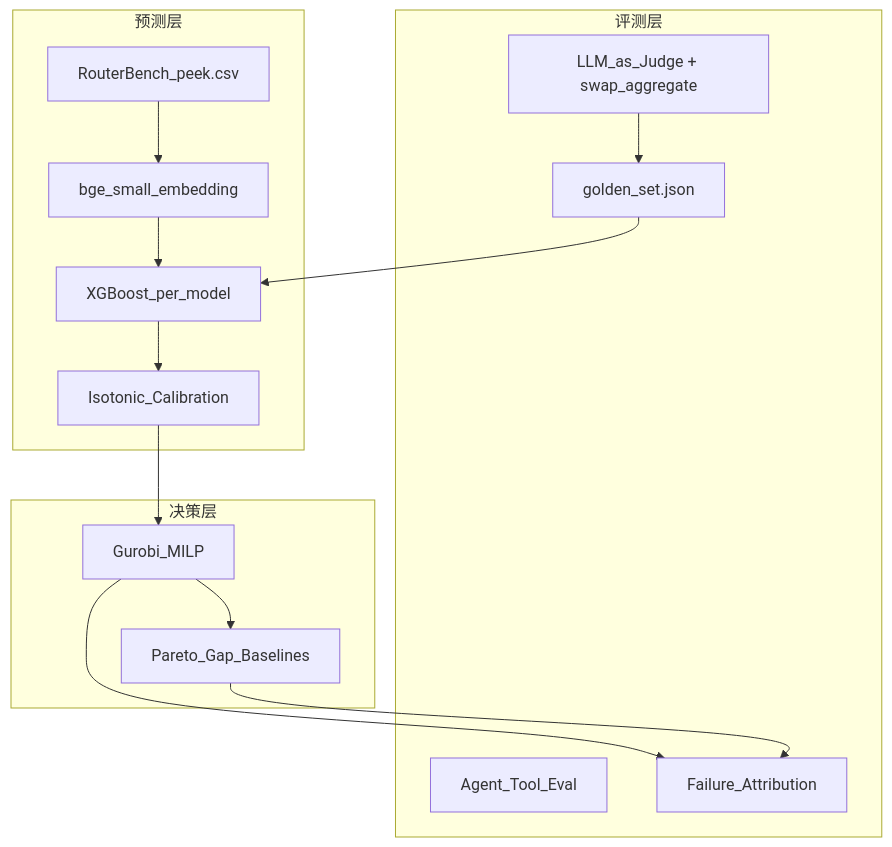
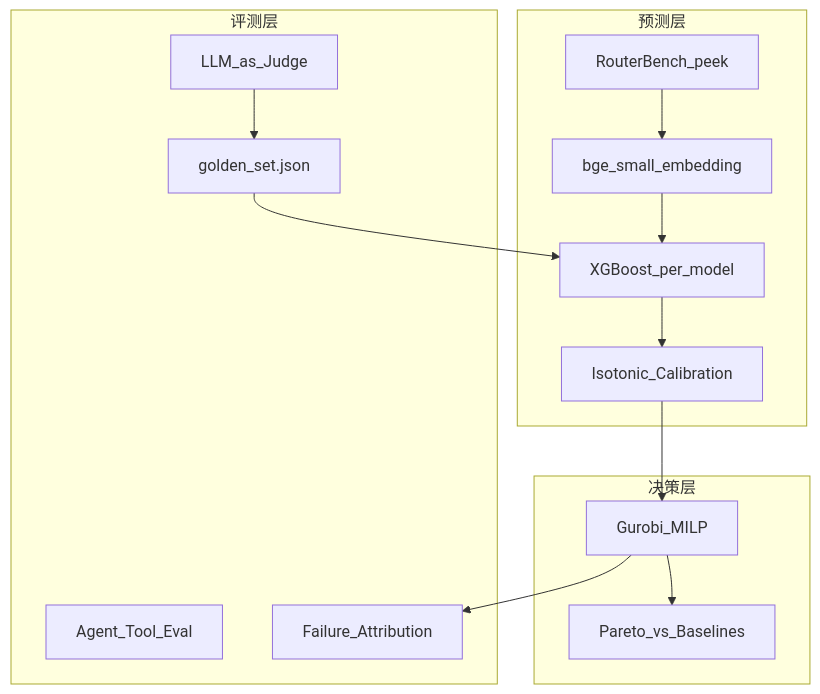
One commit to pengsihan867-lang/RouteAlpha changed the diagram in README.md. Above: the diagram before and after it, drawn with Mermaid. The commit also changed other lines of this file and 28 other files, not shown here.

First line of the commit message:
refactor: 工程化清理 — 精简 notebook、images/ 出图、重写 README

````diff
--- a/README.md
+++ b/README.md
@@ -19,25 +26,24 @@
 ```mermaid
 flowchart TB
   subgraph eval_layer [评测层]
     golden[golden_set.json]
-    judge[LLM_as_Judge + swap_aggregate]
+    judge[LLM_as_Judge]
     agent[Agent_Tool_Eval]
     failure[Failure_Attribution]
   end
 
   subgraph predict_layer [预测层]
-    data[RouterBench_peek.csv] --> embed[bge_small_embedding]
+    data[RouterBench_peek] --> embed[bge_small_embedding]
     embed --> xgb[XGBoost_per_model]
     xgb --> cal[Isotonic_Calibration]
   end
 
   subgraph route_layer [决策层]
     cal --> milp[Gurobi_MILP]
-    milp --> pareto[Pareto_Gap_Baselines]
+    milp --> pareto[Pareto_vs_Baselines]
   end
 
   golden --> xgb
   judge --> golden
   milp --> failure
-  pareto --> failure
 ```
````
